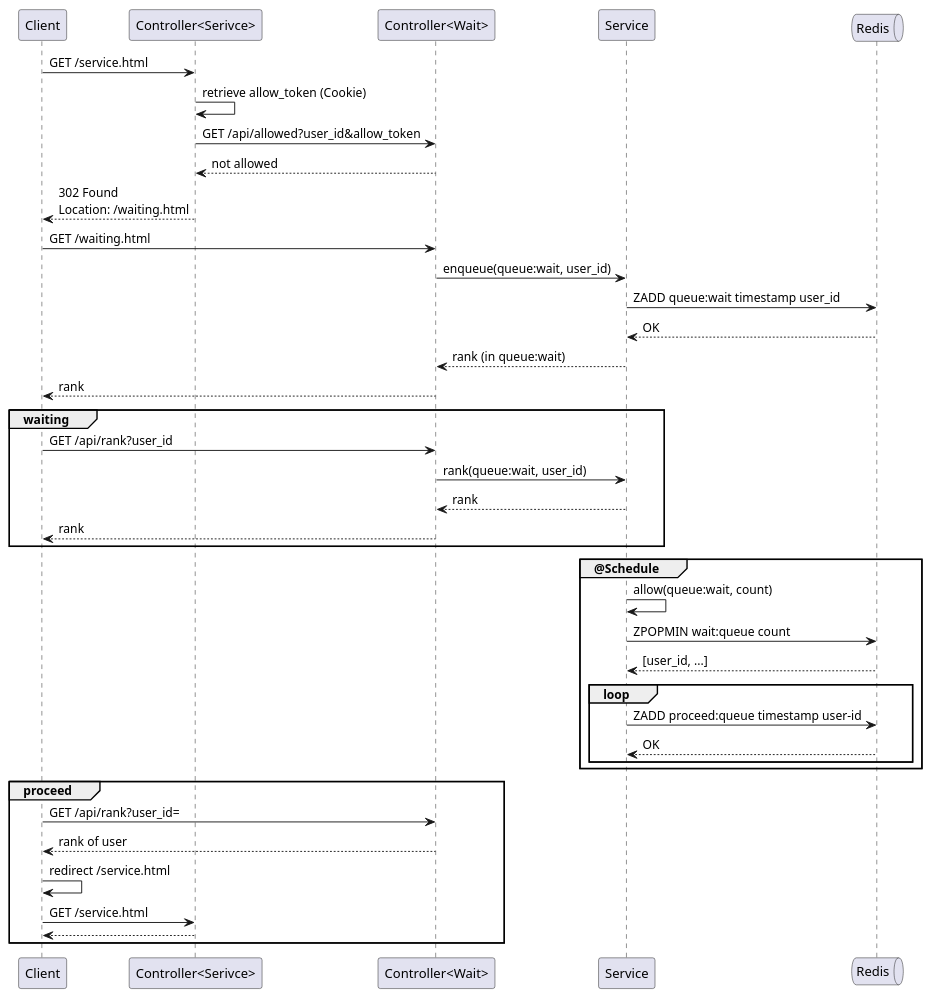
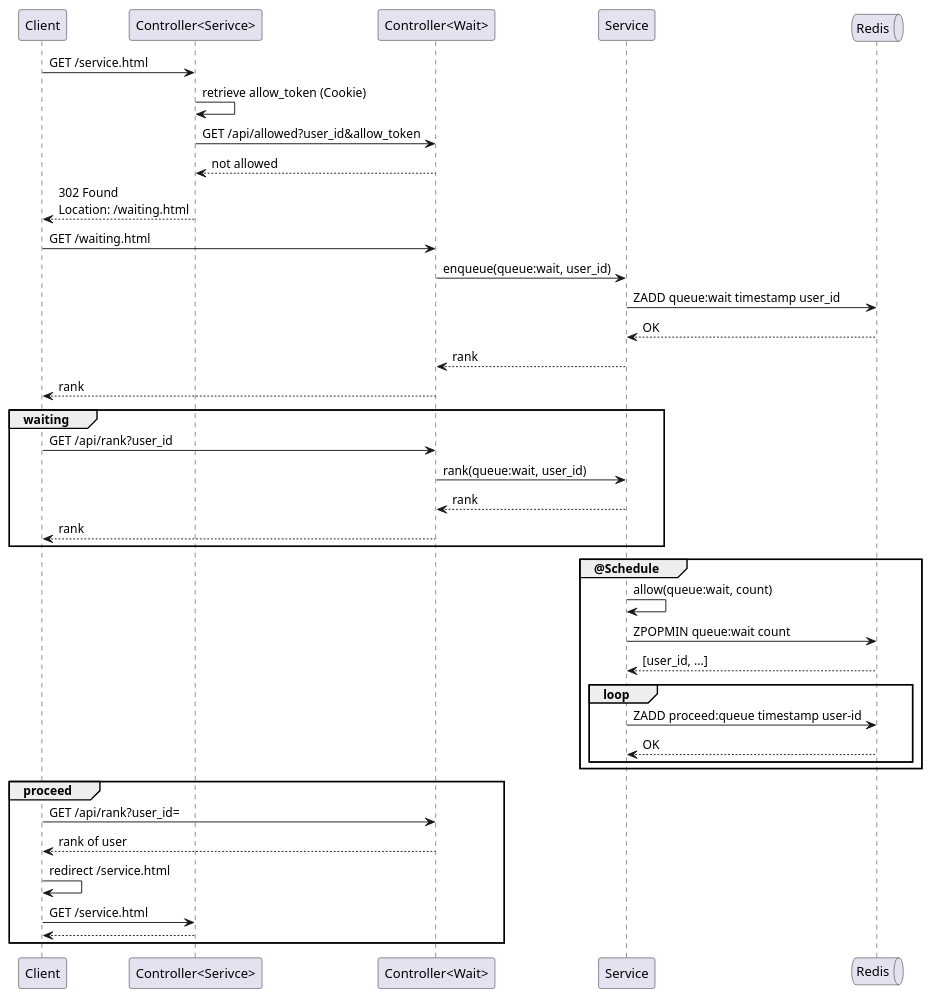
One commit to yanghoon/obsidian-workspace changed the diagram in _diary/2024-06-08.md. Above: the diagram before and after it, drawn with PlantUML.

Commit message:
vault backup: 2024-06-09 19:37:07

````diff
--- a/_diary/2024-06-08.md
+++ b/_diary/2024-06-08.md
@@ -11,49 +11,49 @@
 ```plantuml
 @startuml
 
 participant Client
 participant "Controller<Serivce>" as ServiceController
 participant "Controller<Wait>" as Controller
 participant Service
 queue Redis
 
 Client -> ServiceController: GET /service.html
   ServiceController -> ServiceController: retrieve allow_token (Cookie)
   ServiceController -> Controller: GET /api/allowed?user_id&allow_token
   ServiceController <-- Controller: not allowed
 Client <-- ServiceController: 302 Found\nLocation: /waiting.html
 
 Client -> Controller: GET /waiting.html
   Controller -> Service: enqueue(queue:wait, user_id)
     Service -> Redis: ZADD queue:wait timestamp user_id
     Service <-- Redis: OK
-  Controller <-- Service: rank (in queue:wait)
+  Controller <-- Service: rank
 Client <-- Controller: rank
 
 group waiting
   Client -> Controller: GET /api/rank?user_id
-  Controller -> Service: rank(queue:wait, user_id)
-  Controller <-- Service: rank
+    Controller -> Service: rank(queue:wait, user_id)
+    Controller <-- Service: rank
   Client <-- Controller: rank
 end
 
 group @Schedule
   Service -> Service: allow(queue:wait, count)
-  Service -> Redis: ZPOPMIN wait:queue count
+  Service -> Redis: ZPOPMIN queue:wait count
   Service <-- Redis: [user_id, ...]
   loop
     Service -> Redis: ZADD proceed:queue timestamp user-id
     Service <-- Redis: OK
   end
 end
 
 group proceed
   Client -> Controller: GET /api/rank?user_id=
   Client <-- Controller: rank of user
   Client -> Client: redirect /service.html
   Client -> ServiceController: GET /service.html
   Client <-- ServiceController
 end
 
 @enduml
 ```
````
